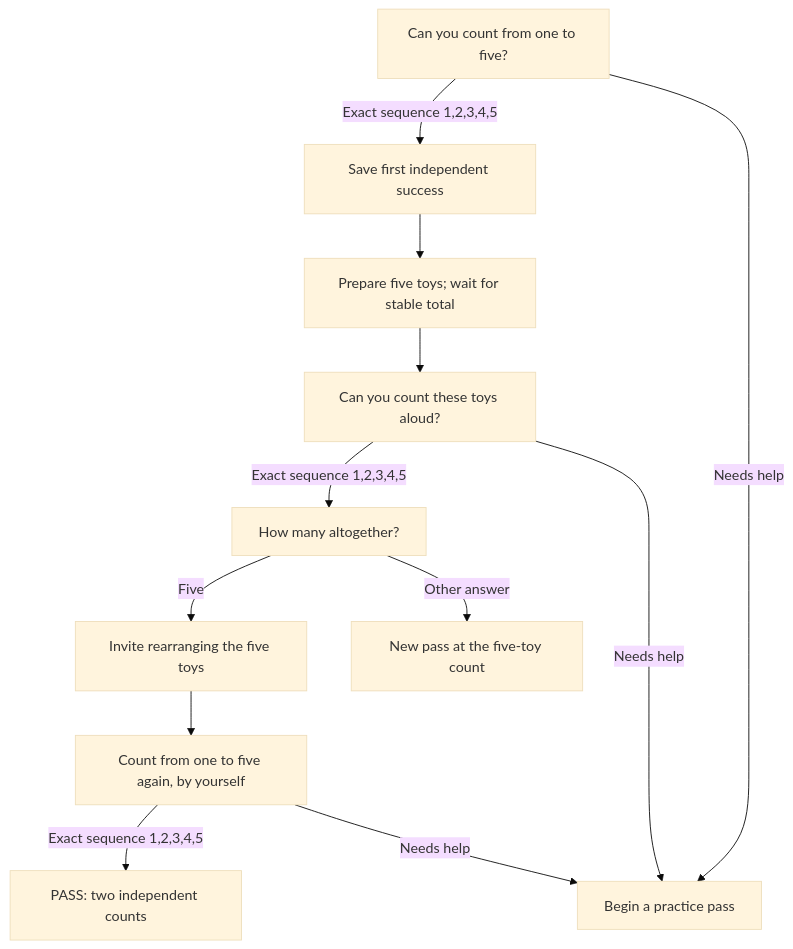
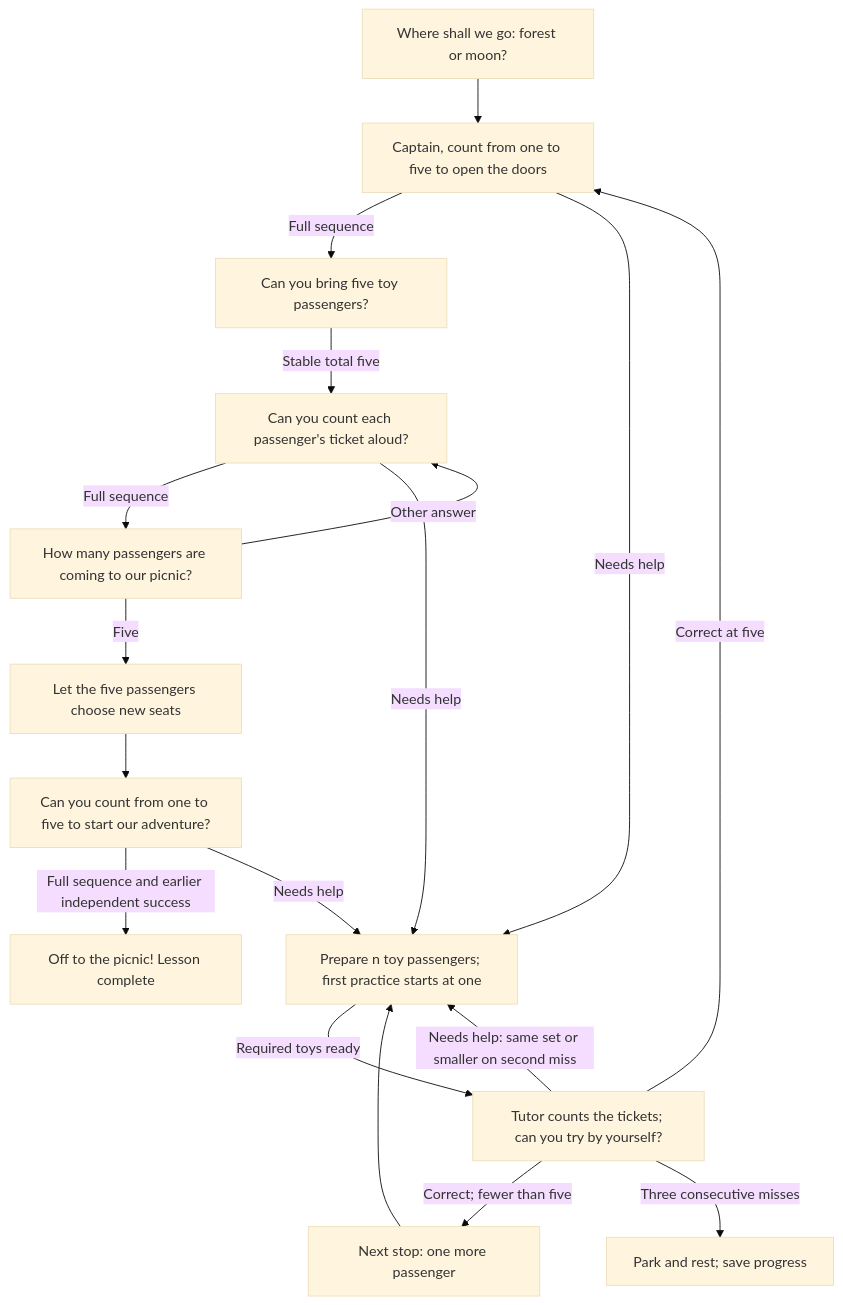
The diagram in docs/wiki/Lesson-1-Count-to-five.md (sealsbroken/unmath), drawn with Mermaid (base theme) before and after one commit. The commit also changed other lines of this file and 10 other files, not shown here.

Commit message:
Turn lessons into choice-driven play with cyclic question graphs

````diff
--- a/docs/wiki/Lesson-1-Count-to-five.md
+++ b/docs/wiki/Lesson-1-Count-to-five.md
@@ -12,15 +19,20 @@
 ```mermaid
 flowchart TD
-    Q0["Can you count from one to five?"]
-    Q0 -->|"Exact sequence 1,2,3,4,5"| First["Save first independent success"]
-    Q0 -->|"Needs help"| Help["Begin a practice pass"]
-    First --> Setup["Prepare five toys; wait for stable total"]
-    Setup --> Q1["Can you count these toys aloud?"]
-    Q1 -->|"Exact sequence 1,2,3,4,5"| Q2["How many altogether?"]
-    Q1 -->|"Needs help"| Help
-    Q2 -->|"Five"| Move["Invite rearranging the five toys"]
-    Q2 -->|"Other answer"| Retry["New pass at the five-toy count"]
-    Move --> Q3["Count from one to five again, by yourself"]
-    Q3 -->|"Exact sequence 1,2,3,4,5"| Pass["PASS: two independent counts"]
-    Q3 -->|"Needs help"| Help
+    Choose["Where shall we go: forest or moon?"] --> Doors["Captain, count from one to five to open the doors"]
+    Doors -->|"Full sequence"| Setup["Can you bring five toy passengers?"]
+    Doors -->|"Needs help"| Small["Prepare n toy passengers; first practice starts at one"]
+    Setup -->|"Stable total five"| Tickets["Can you count each passenger's ticket aloud?"]
+    Tickets -->|"Full sequence"| Total["How many passengers are coming to our picnic?"]
+    Tickets -->|"Needs help"| Small
+    Total -->|"Five"| Seats["Let the five passengers choose new seats"]
+    Total -->|"Other answer"| Tickets
+    Seats --> Engine["Can you count from one to five to start our adventure?"]
+    Engine -->|"Full sequence and earlier independent success"| Picnic["Off to the picnic! Lesson complete"]
+    Engine -->|"Needs help"| Small
+    Small -->|"Required toys ready"| Model["Tutor counts the tickets; can you try by yourself?"]
+    Model -->|"Correct; fewer than five"| More["Next stop: one more passenger"]
+    More --> Small
+    Model -->|"Correct at five"| Doors
+    Model -->|"Needs help: same set or smaller on second miss"| Small
+    Model -->|"Three consecutive misses"| Rest["Park and rest; save progress"]
 ```
````
